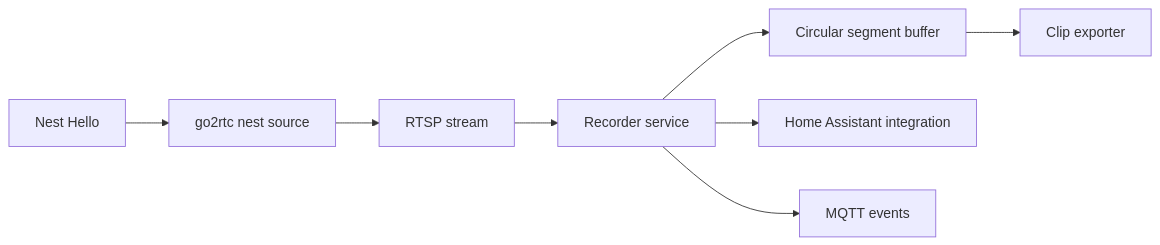
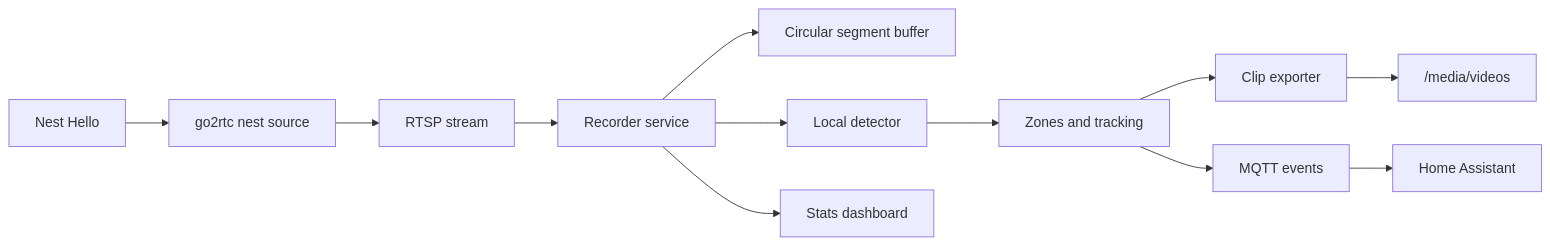
One commit to rahul-ambarakonda/nest_ai_recorder changed the diagram in README.md. Above: the diagram before and after it, drawn with Mermaid. The commit also changed other lines of this file and 21 other files, not shown here.

Commit message:
Implement detection, clips, MQTT, and dashboard phases

````diff
--- a/README.md
+++ b/README.md
@@ -14,10 +17,14 @@
 ```mermaid
 flowchart LR
     Nest["Nest Hello"] --> Go2rtc["go2rtc nest source"]
     Go2rtc --> RTSP["RTSP stream"]
     RTSP --> Recorder["Recorder service"]
     Recorder --> Buffer["Circular segment buffer"]
-    Buffer --> Clip["Clip exporter"]
-    Recorder --> HA["Home Assistant integration"]
-    Recorder --> MQTT["MQTT events"]
+    Recorder --> Detector["Local detector"]
+    Detector --> Zones["Zones and tracking"]
+    Zones --> Clip["Clip exporter"]
+    Clip --> Media["/media/videos"]
+    Zones --> MQTT["MQTT events"]
+    MQTT --> HA["Home Assistant"]
+    Recorder --> Dashboard["Stats dashboard"]
 ```
````
